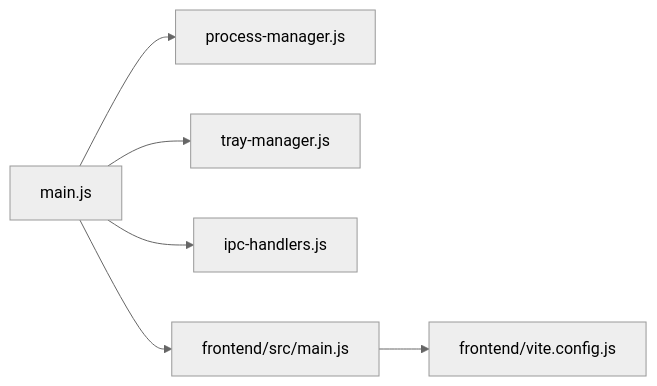
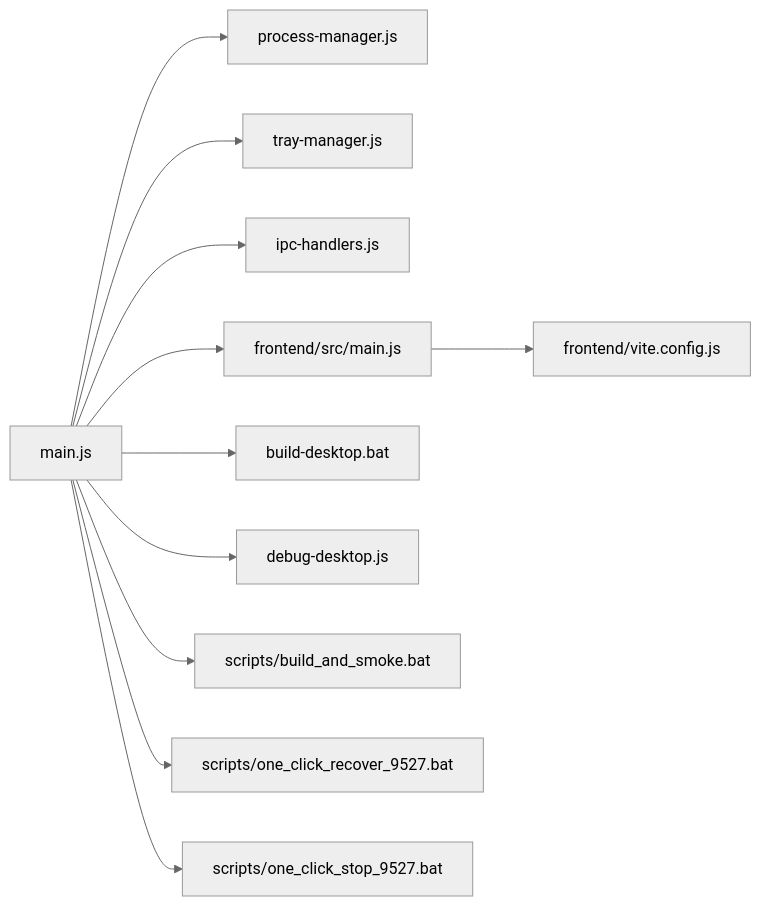
Before and after one commit to octsfm/InkTrace: the fourth of 4 diagrams in .qoder/repowiki/zh/content/桌面应用开发/桌面应用开发.md, drawn with Mermaid (neutral theme). The commit also changed other lines of this file and 25 other files, not shown here.

````diff
--- a/.qoder/repowiki/zh/content/桌面应用开发/桌面应用开发.md
+++ b/.qoder/repowiki/zh/content/桌面应用开发/桌面应用开发.md
@@ -254,8 +328,13 @@
 ```mermaid
 graph LR
 Main["main.js"] --> PM["process-manager.js"]
 Main --> Tray["tray-manager.js"]
 Main --> IPC["ipc-handlers.js"]
 FE["frontend/src/main.js"] --> Vite["frontend/vite.config.js"]
 Main --> FE
+Main --> Build["build-desktop.bat"]
+Main --> Debug["debug-desktop.js"]
+Main --> Smoke["scripts/build_and_smoke.bat"]
+Main --> Recover["scripts/one_click_recover_9527.bat"]
+Main --> Stop["scripts/one_click_stop_9527.bat"]
 ```
````
